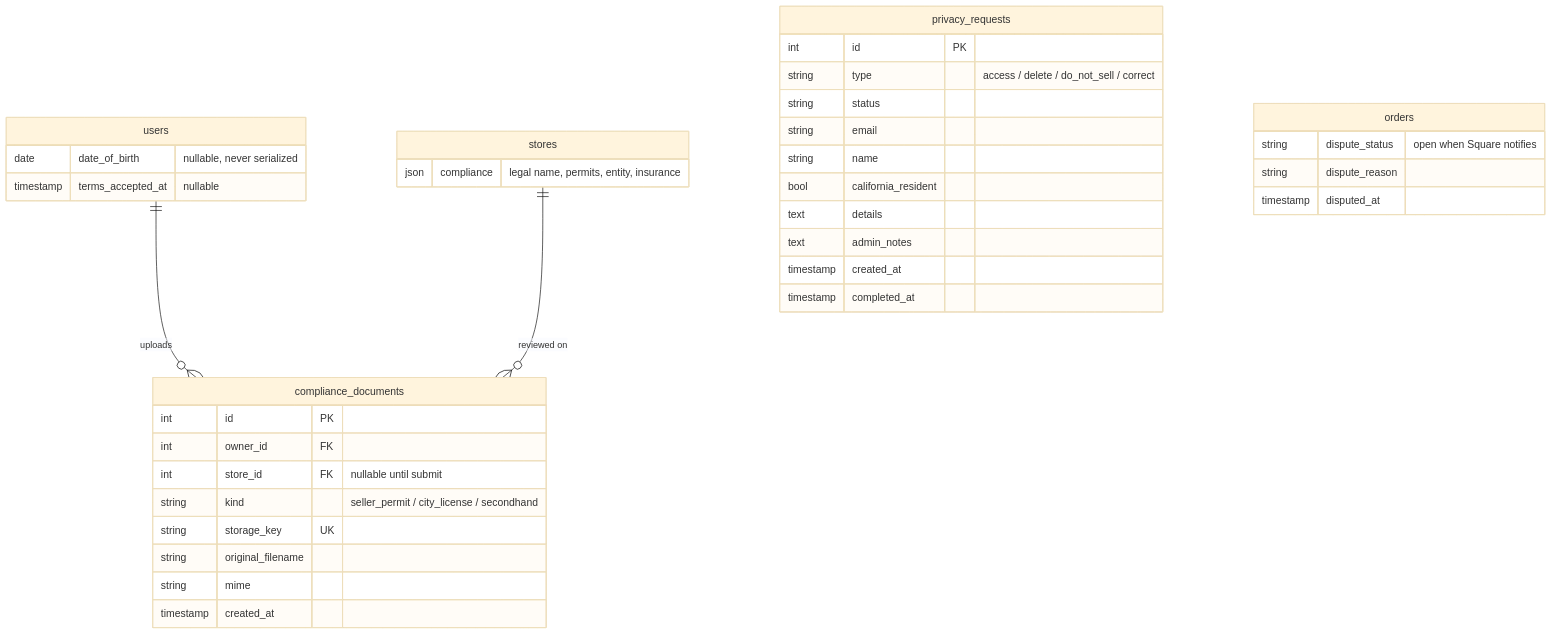
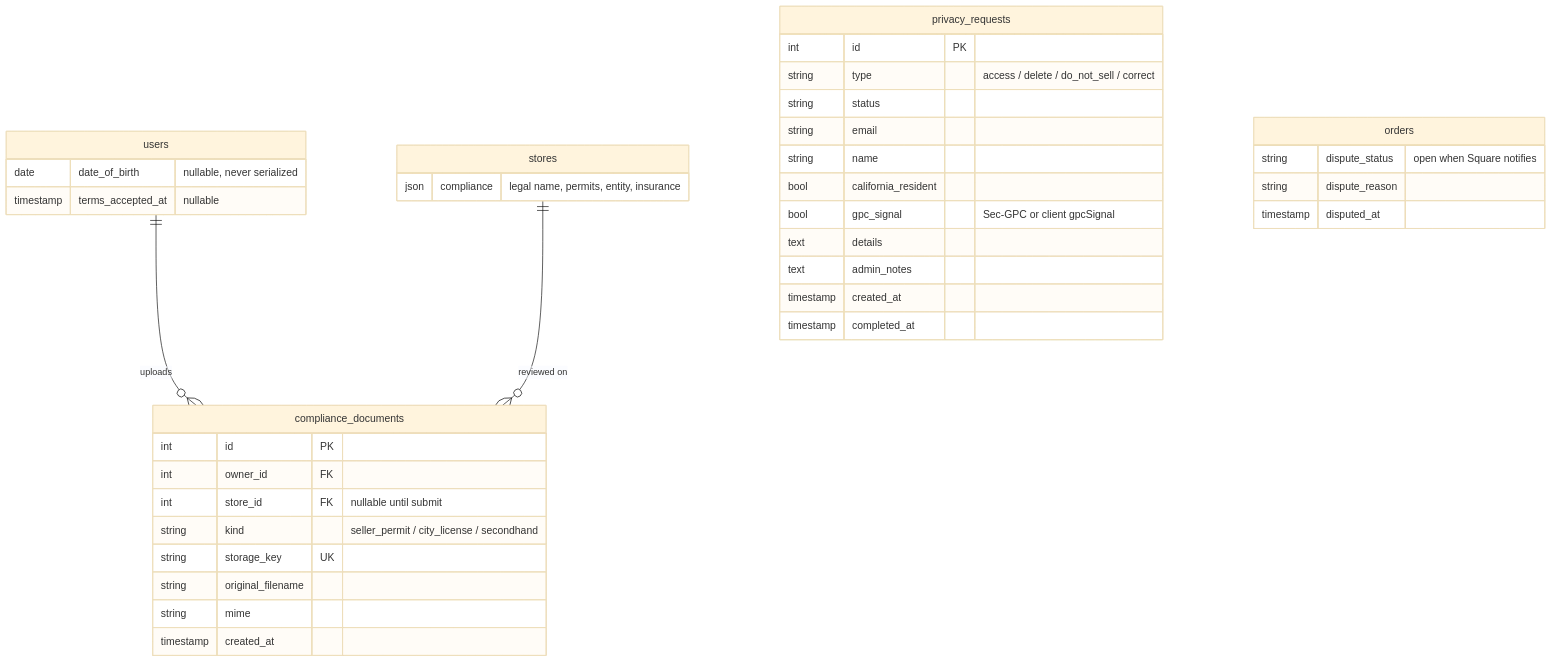
One commit to Game-Store-Solutions/Lgscardvault changed the first of 6 diagrams in architecture/compliance.md. Above: the diagram before and after it, drawn with Mermaid (base theme). The commit also changed other lines of this file and 48 other files, not shown here.

````diff
--- a/architecture/compliance.md
+++ b/architecture/compliance.md
@@ -106,39 +106,40 @@
 ```mermaid
 erDiagram
     users ||--o{ compliance_documents : "uploads"
     stores ||--o{ compliance_documents : "reviewed on"
     users {
         date date_of_birth "nullable, never serialized"
         timestamp terms_accepted_at "nullable"
     }
     stores {
         json compliance "legal name, permits, entity, insurance"
     }
     compliance_documents {
         int id PK
         int owner_id FK
         int store_id FK "nullable until submit"
         string kind "seller_permit / city_license / secondhand"
         string storage_key UK
         string original_filename
         string mime
         timestamp created_at
     }
     privacy_requests {
         int id PK
         string type "access / delete / do_not_sell / correct"
         string status
         string email
         string name
         bool california_resident
+        bool gpc_signal "Sec-GPC or client gpcSignal"
         text details
         text admin_notes
         timestamp created_at
         timestamp completed_at
     }
     orders {
         string dispute_status "open when Square notifies"
         string dispute_reason
         timestamp disputed_at
     }
 ```
````
